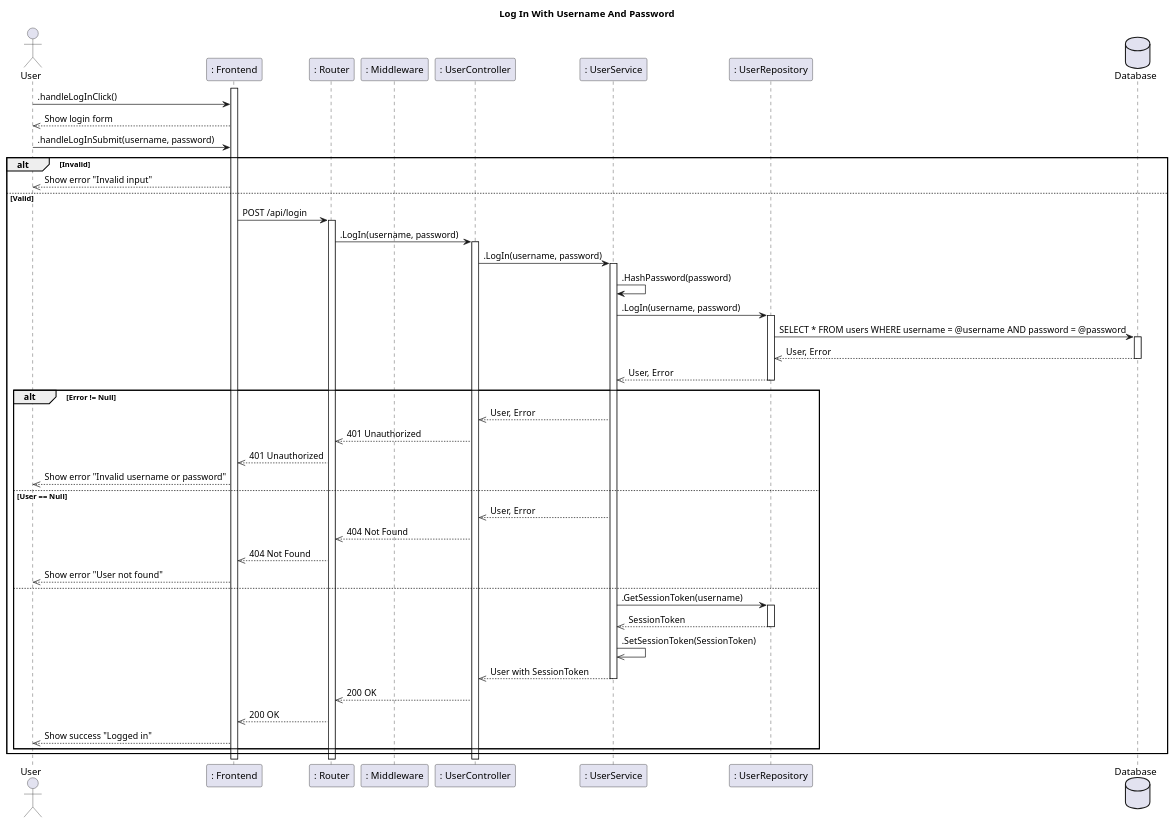
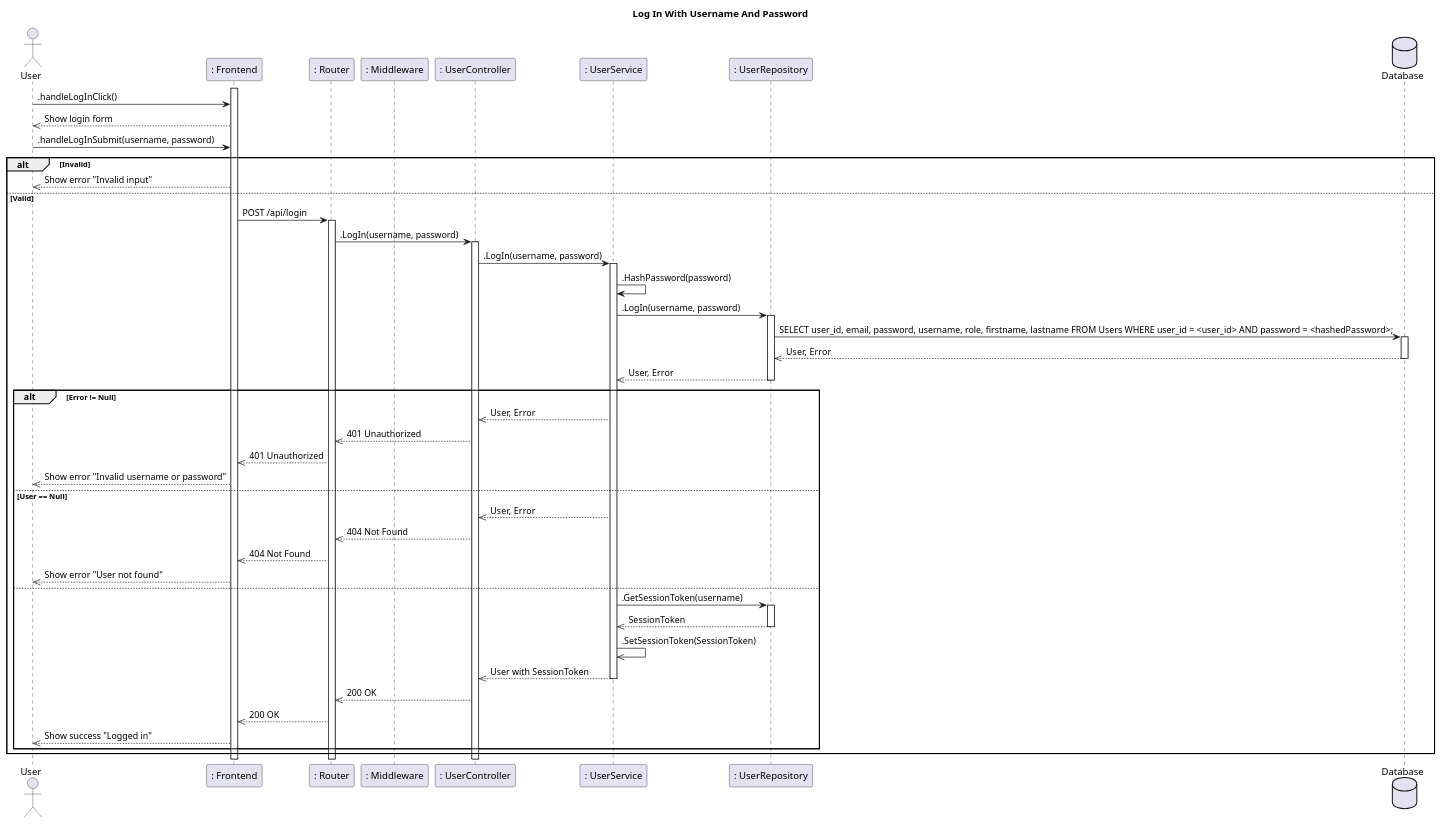
One commit to CS371-Project-Management/CS371-Sequence-Diagram changed the diagram in SD6-Log-In-With-Username-And-Password.puml. Above: the diagram before and after it, drawn with PlantUML. The commit also changed 5 other files, not shown here.

```diff
--- a/SD6-Log-In-With-Username-And-Password.puml
+++ b/SD6-Log-In-With-Username-And-Password.puml
@@ -1,61 +1,61 @@
 @startuml
 title Log In With Username And Password
 actor User
 participant ": Frontend" as Frontend
 participant ": Router" as Router
 participant ": Middleware" as Middleware
 
 participant ": UserController" as Controller
 participant ": UserService" as Service
 participant ": UserRepository" as Repository
 
 database Database
 activate Frontend
 User -> Frontend: .handleLogInClick()
 Frontend -->> User: Show login form
 
 User -> Frontend: .handleLogInSubmit(username, password)
 alt Invalid
   Frontend -->> User: Show error "Invalid input"
 else Valid
   Frontend -> Router: POST /api/login
   activate Router
   Router -> Controller: .LogIn(username, password)
   activate Controller
   Controller -> Service: .LogIn(username, password)
   activate Service
   Service -> Service: .HashPassword(password)
   Service -> Repository: .LogIn(username, password)
   activate Repository
-  Repository -> Database: SELECT * FROM users WHERE username = @username AND password = @password
+  Repository -> Database: SELECT user_id, email, password, username, role, firstname, lastname FROM Users WHERE user_id = <user_id> AND password = <hashedPassword>;
   activate Database
   Database -->> Repository: User, Error
   deactivate Database
   Repository -->> Service: User, Error
   deactivate Repository
 
   alt Error != Null
     Service -->> Controller: User, Error
     Controller -->> Router: 401 Unauthorized
     Router -->> Frontend: 401 Unauthorized
     Frontend -->> User: Show error "Invalid username or password"
   else User == Null
     Service -->> Controller: User, Error
     Controller -->> Router: 404 Not Found
     Router -->> Frontend: 404 Not Found
     Frontend -->> User: Show error "User not found"
   else
     Service -> Repository: .GetSessionToken(username)
     activate Repository
     Repository -->> Service: SessionToken
     deactivate Repository
     Service ->> Service: .SetSessionToken(SessionToken)
     Service -->> Controller: User with SessionToken
     deactivate Service
     Controller -->> Router: 200 OK
     Router -->> Frontend: 200 OK
     Frontend -->> User: Show success "Logged in"
   end
   deactivate Service
 end
 @enduml
```
